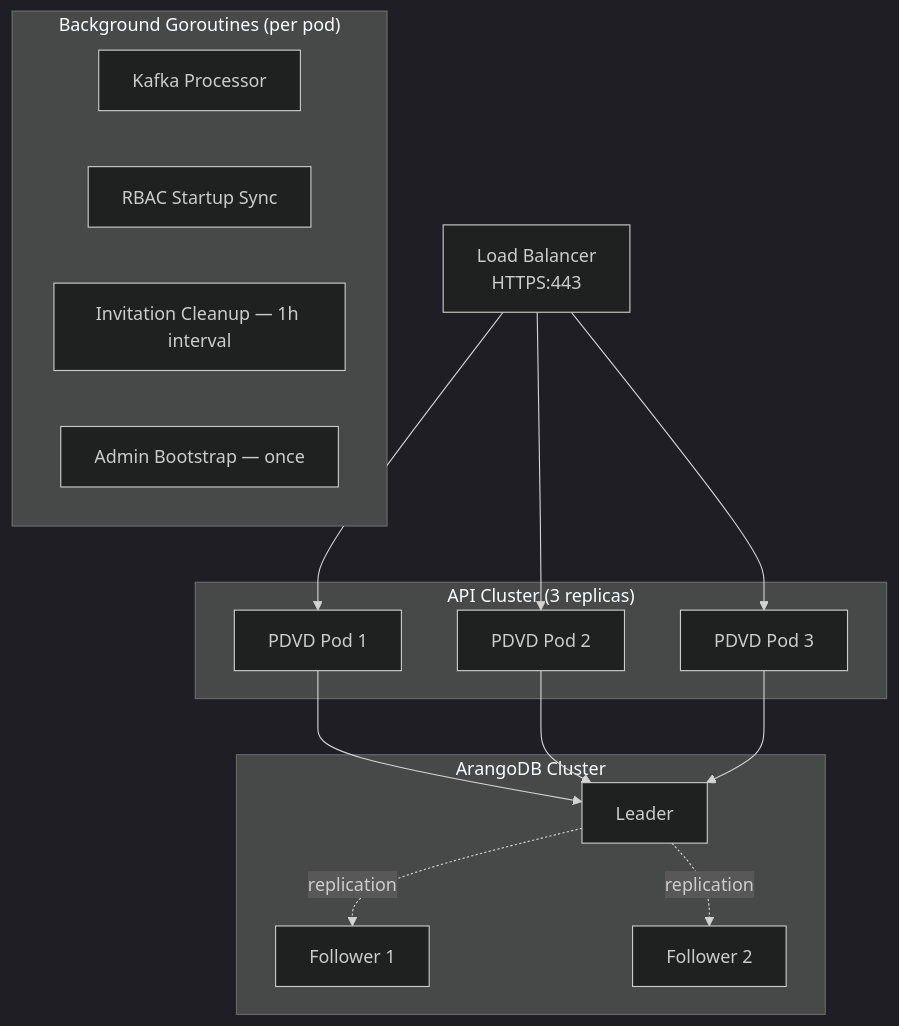
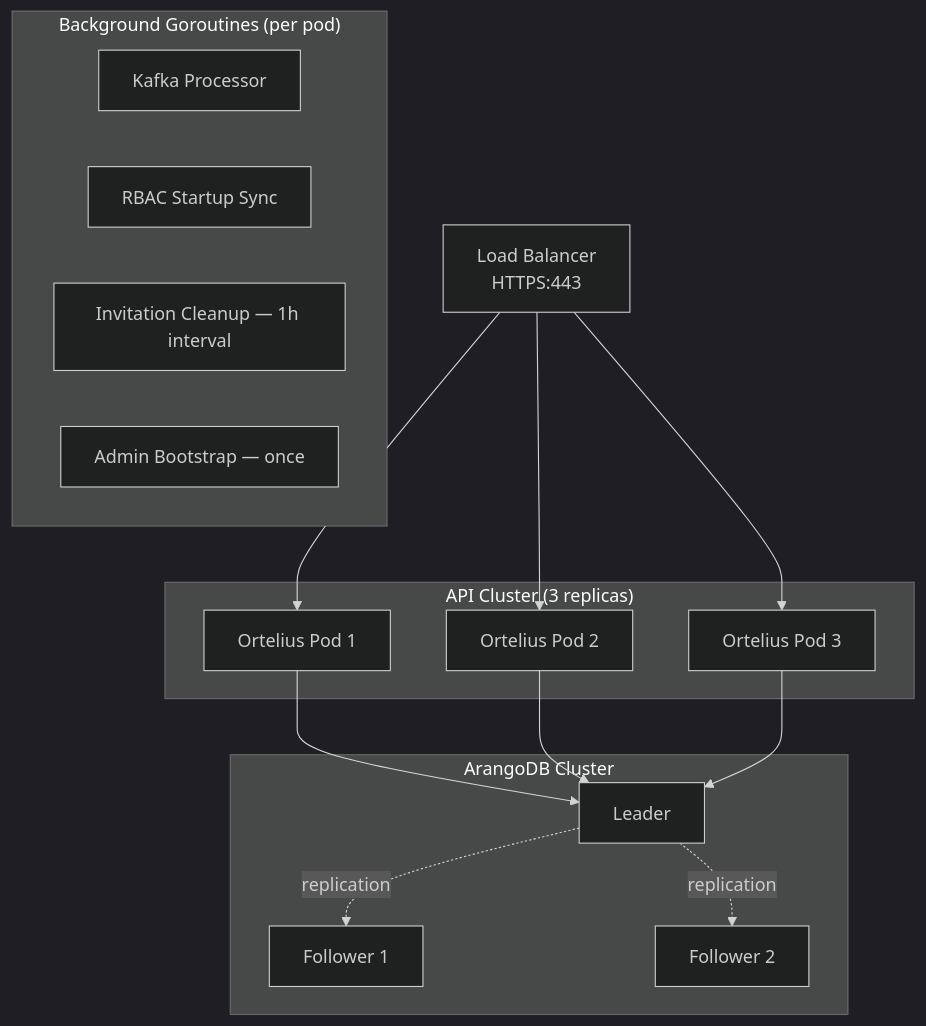
The eighth of 8 diagrams in docs/architecture.md (ortelius/ortelius), drawn with Mermaid (dark theme) before and after one commit. The commit also changed other lines of this file and 53 other files, not shown here.

````diff
--- a/docs/architecture.md
+++ b/docs/architecture.md
@@ -555,23 +555,23 @@
 ```mermaid
 graph TB
     LB[Load Balancer<br/>HTTPS:443] --> API1 & API2 & API3
 
     subgraph APICluster["API Cluster (3 replicas)"]
-        API1[PDVD Pod 1]
-        API2[PDVD Pod 2]
-        API3[PDVD Pod 3]
+        API1[Ortelius Pod 1]
+        API2[Ortelius Pod 2]
+        API3[Ortelius Pod 3]
     end
 
     subgraph Workers["Background Goroutines (per pod)"]
         K[Kafka Processor]
         R[RBAC Startup Sync]
         I[Invitation Cleanup — 1h interval]
         B[Admin Bootstrap — once]
     end
 
     subgraph DB["ArangoDB Cluster"]
         Lead[Leader] -.->|replication| F1[Follower 1] & F2[Follower 2]
     end
 
     API1 & API2 & API3 --> Lead
 ```
````
